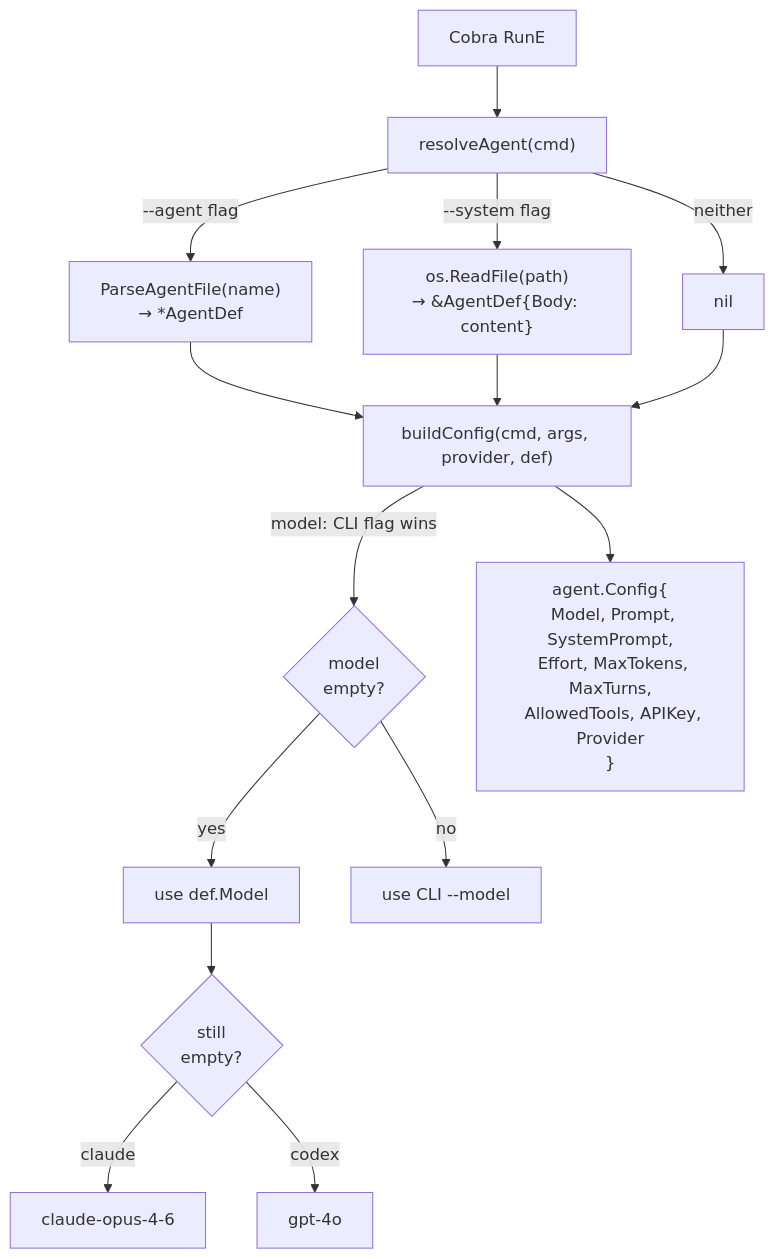
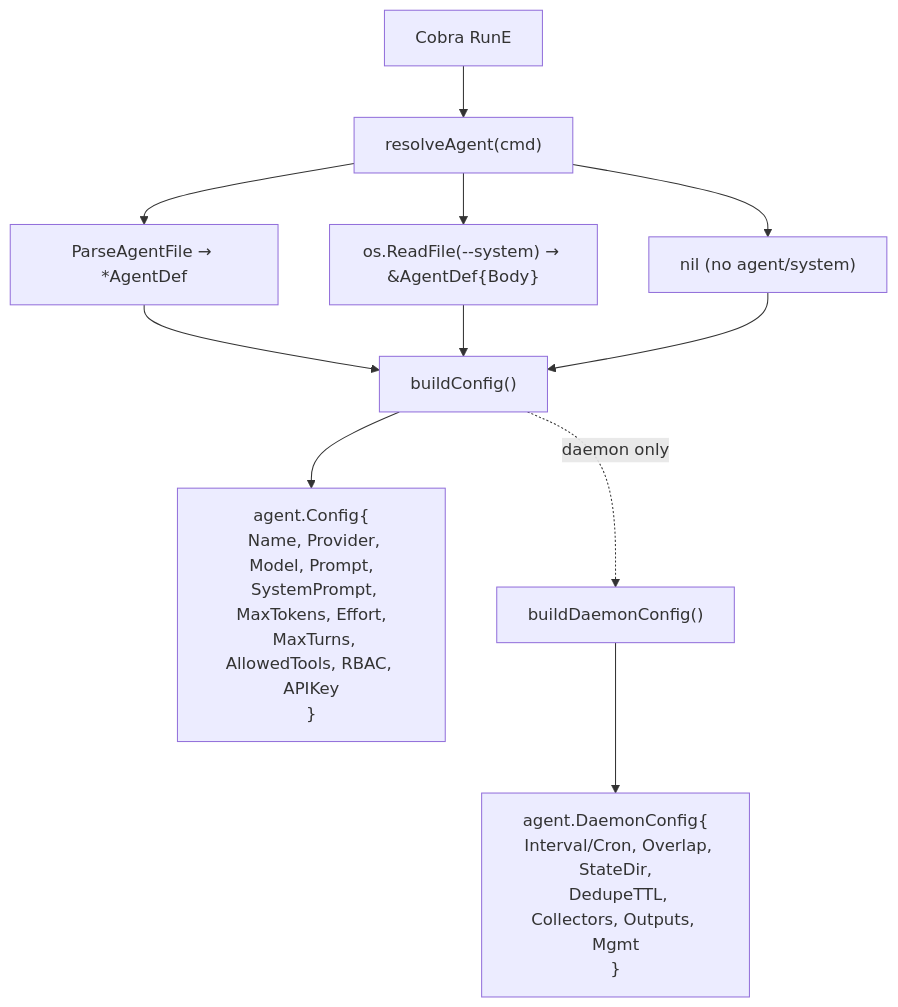
Before and after one commit to mrbrutti/okesu: the fifth of 17 diagrams in docs/architecture.md, drawn with Mermaid. The commit also changed other lines of this file, not shown here.

First line of the commit message:
docs: update architecture.md for Phases 2–7

````diff
--- a/docs/architecture.md
+++ b/docs/architecture.md
@@ -342,20 +323,16 @@
 ```mermaid
 flowchart TD
     Cmd["Cobra RunE"] --> RA["resolveAgent(cmd)"]
-    RA --> |"--agent flag"| PAF["ParseAgentFile(name)\n→ *AgentDef"]
-    RA --> |"--system flag"| SF["os.ReadFile(path)\n→ &AgentDef{Body: content}"]
-    RA --> |"neither"| Nil["nil"]
+    RA --> PAF["ParseAgentFile → *AgentDef"]
+    RA --> SF["os.ReadFile(--system) → &AgentDef{Body}"]
+    RA --> Nil["nil (no agent/system)"]
 
-    PAF --> BC["buildConfig(cmd, args, provider, def)"]
+    PAF --> BC["buildConfig()"]
     SF --> BC
     Nil --> BC
 
-    BC --> |"model: CLI flag wins"| M{"model\nempty?"}
-    M --> |"yes"| MAgent["use def.Model"]
-    M --> |"no"| MFlag["use CLI --model"]
-    MAgent --> MDefault{"still\nempty?"}
-    MDefault --> |"claude"| MC["claude-opus-4-6"]
-    MDefault --> |"codex"| MO["gpt-4o"]
+    BC --> Config["agent.Config{\n  Name, Provider, Model, Prompt,\n  SystemPrompt, MaxTokens, Effort,\n  MaxTurns, AllowedTools, RBAC, APIKey\n}"]
 
-    BC --> Config["agent.Config{\n  Model, Prompt, SystemPrompt,\n  Effort, MaxTokens, MaxTurns,\n  AllowedTools, APIKey, Provider\n}"]
+    BC -.daemon only.-> BDC["buildDaemonConfig()"]
+    BDC --> DConfig["agent.DaemonConfig{\n  Interval/Cron, Overlap, StateDir,\n  DedupeTTL, Collectors, Outputs, Mgmt\n}"]
 ```
````
